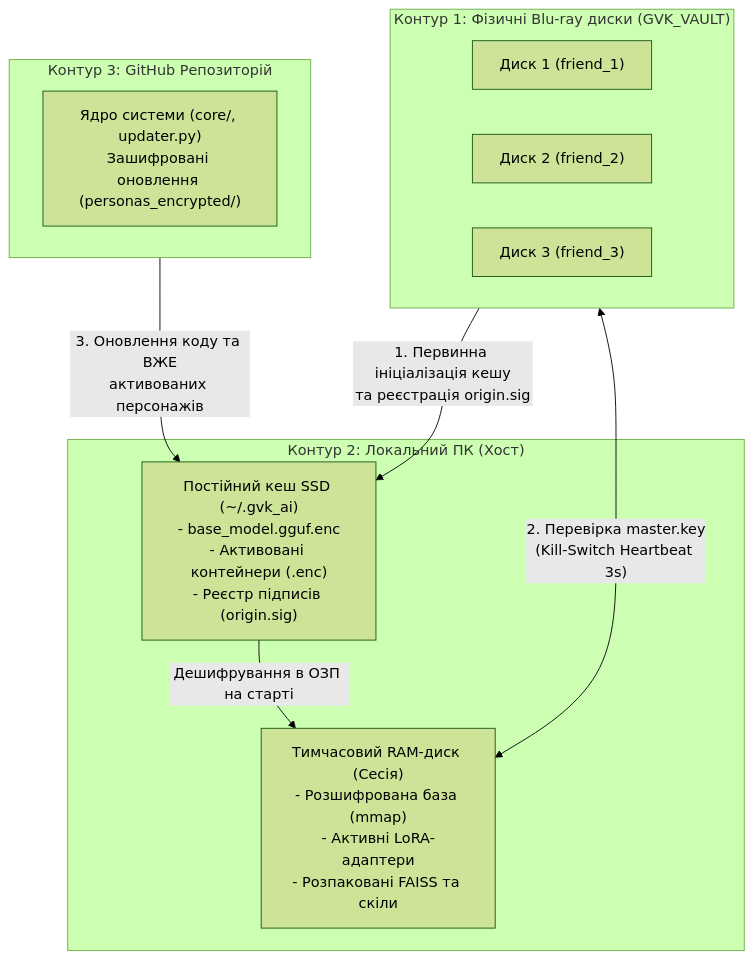
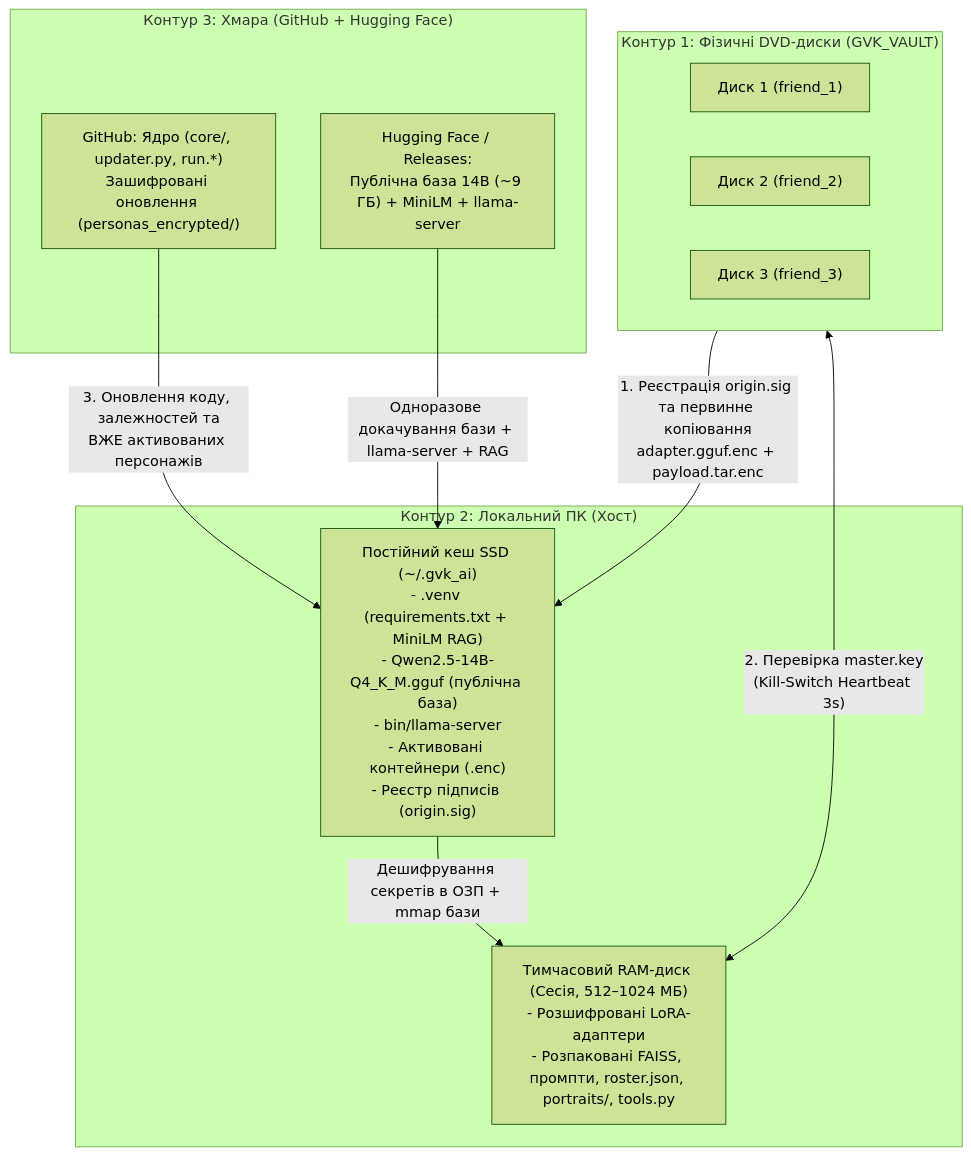
One commit to Holii-1/Private-AI-Companion-GVK- changed the first of 2 diagrams in README.md. Above: the diagram before and after it, drawn with Mermaid (forest theme). The commit also changed other lines of this file and 23 other files, not shown here.

````diff
--- a/README.md
+++ b/README.md
@@ -16,22 +50,24 @@
 ```mermaid
 flowchart TD
-    subgraph BD["Контур 1: Фізичні Blu-ray диски (GVK_VAULT)"]
+    subgraph DVD["Контур 1: Фізичні DVD-диски (GVK_VAULT)"]
         D1["Диск 1 (friend_1)"]
         D2["Диск 2 (friend_2)"]
         D3["Диск 3 (friend_3)"]
     end
 
     subgraph HOST["Контур 2: Локальний ПК (Хост)"]
-        SSD["Постійний кеш SSD (~/.gvk_ai)<br/>- base_model.gguf.enc<br/>- Активовані контейнери (.enc)<br/>- Реєстр підписів (origin.sig)"]
-        RAM["Тимчасовий RAM-диск (Сесія)<br/>- Розшифрована база (mmap)<br/>- Активні LoRA-адаптери<br/>- Розпаковані FAISS та скіли"]
+        SSD["Постійний кеш SSD (~/.gvk_ai)<br/>- .venv (requirements.txt + MiniLM RAG)<br/>- Qwen2.5-14B-Q4_K_M.gguf (публічна база)<br/>- bin/llama-server<br/>- Активовані контейнери (.enc)<br/>- Реєстр підписів (origin.sig)"]
+        RAM["Тимчасовий RAM-диск (Сесія, 512–1024 МБ)<br/>- Розшифровані LoRA-адаптери<br/>- Розпаковані FAISS, промпти, roster.json, portraits/, tools.py"]
     end
 
-    subgraph CLOUD["Контур 3: GitHub Репозиторій"]
-        GH["Ядро системи (core/, updater.py)<br/>Зашифровані оновлення (personas_encrypted/)"]
+    subgraph CLOUD["Контур 3: Хмара (GitHub + Hugging Face)"]
+        GH["GitHub: Ядро (core/, updater.py, run.*)<br/>Зашифровані оновлення (personas_encrypted/)"]
+        HF["Hugging Face / Releases:<br/>Публічна база 14B (~9 ГБ) + MiniLM + llama-server"]
     end
 
-    BD -->|"1. Первинна ініціалізація кешу<br/>та реєстрація origin.sig"| SSD
-    BD <-->|"2. Перевірка master.key<br/>(Kill-Switch Heartbeat 3s)"| RAM
-    SSD -->|"Дешифрування в ОЗП на старті"| RAM
-    CLOUD -->|"3. Оновлення коду та ВЖЕ<br/>активованих персонажів"| SSD
+    DVD -->|"1. Реєстрація origin.sig та первинне копіювання<br/>adapter.gguf.enc + payload.tar.enc"| SSD
+    DVD <-->|"2. Перевірка master.key<br/>(Kill-Switch Heartbeat 3s)"| RAM
+    SSD -->|"Дешифрування секретів в ОЗП + mmap бази"| RAM
+    GH -->|"3. Оновлення коду, залежностей та<br/>ВЖЕ активованих персонажів"| SSD
+    HF -->|"Одноразове докачування бази + llama-server + RAG"| SSD
 ```
````
